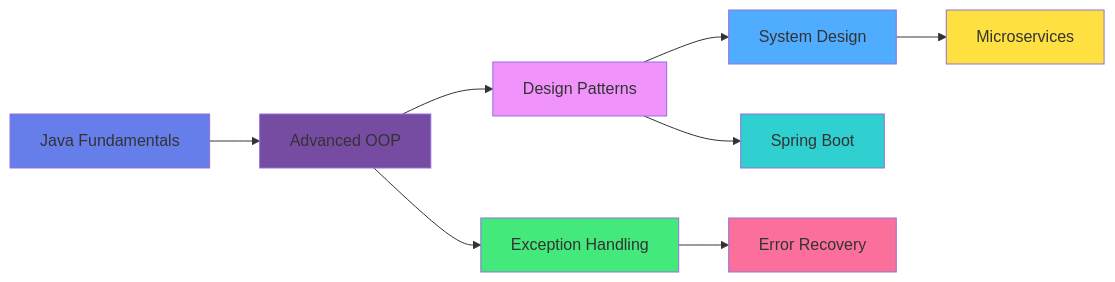
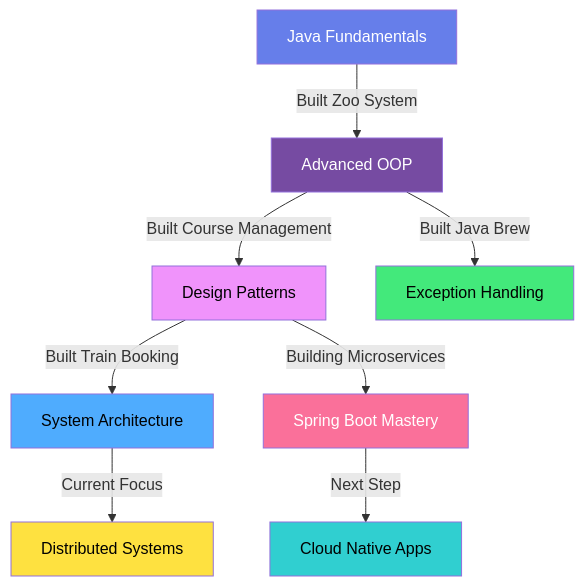
One commit to oveshshaikh786/oveshshaikh786 changed the diagram in README.md. Above: the diagram before and after it, drawn with Mermaid. The commit also changed other lines of this file, not shown here.

````diff
--- a/README.md
+++ b/README.md
@@ -223,19 +351,19 @@
 ```mermaid
-graph LR
-    A[Java Fundamentals] --> B[Advanced OOP]
-    B --> C[Design Patterns]
-    C --> D[System Design]
-    B --> E[Exception Handling]
-    E --> F[Error Recovery]
-    D --> G[Microservices]
-    C --> H[Spring Boot]
+graph TD
+    A[Java Fundamentals] -->|Built Zoo System| B[Advanced OOP]
+    B -->|Built Course Management| C[Design Patterns]
+    C -->|Built Train Booking| D[System Architecture]
+    B -->|Built Java Brew| E[Exception Handling]
+    C -->|Building Microservices| F[Spring Boot Mastery]
+    D -->|Current Focus| G[Distributed Systems]
+    F -->|Next Step| H[Cloud Native Apps]
     
-    style A fill:#667eea
-    style B fill:#764ba2
-    style C fill:#f093fb
-    style D fill:#4facfe
-    style E fill:#43e97b
-    style F fill:#fa709a
-    style G fill:#fee140
-    style H fill:#30cfd0
+    style A fill:#667eea,color:#fff
+    style B fill:#764ba2,color:#fff
+    style C fill:#f093fb,color:#000
+    style D fill:#4facfe,color:#000
+    style E fill:#43e97b,color:#000
+    style F fill:#fa709a,color:#fff
+    style G fill:#fee140,color:#000
+    style H fill:#30cfd0,color:#000
 ```
````
